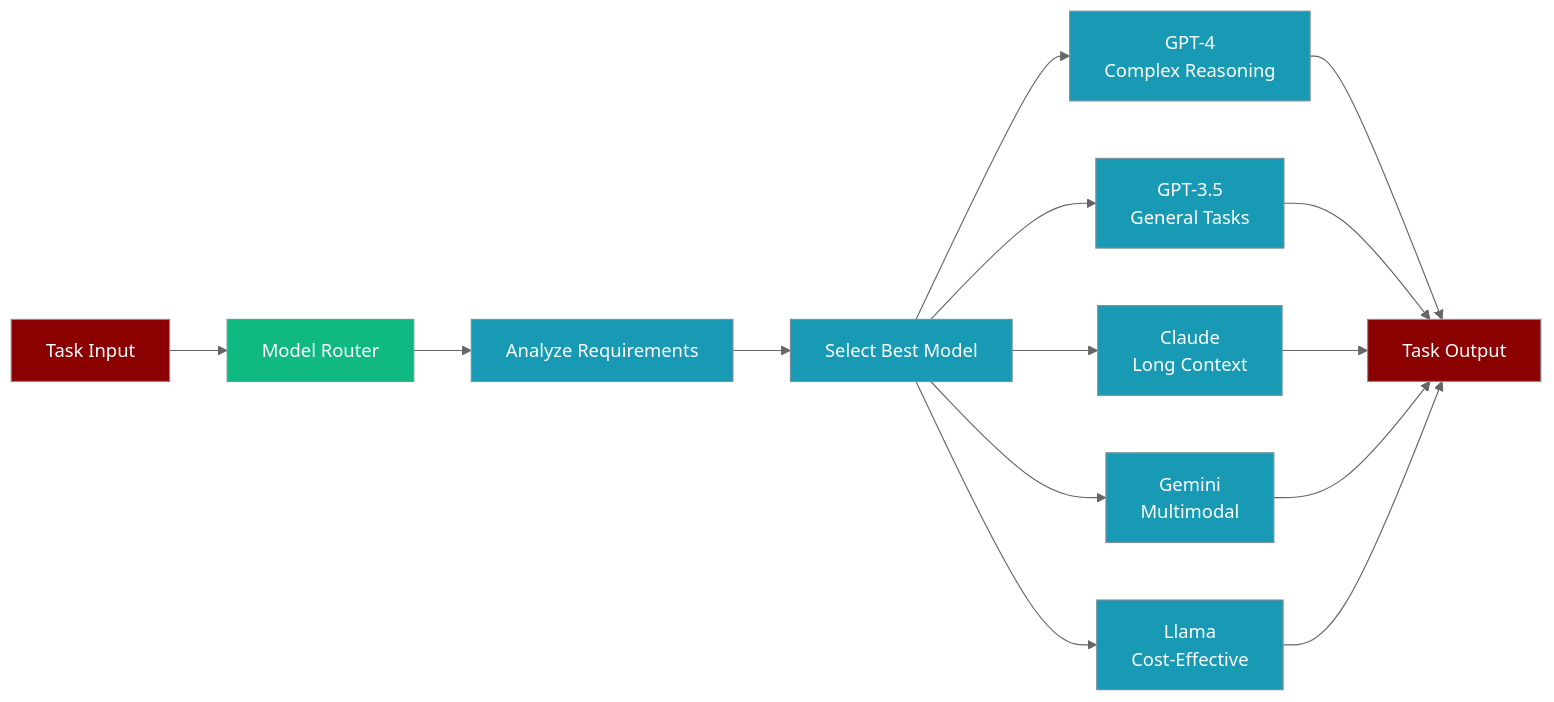
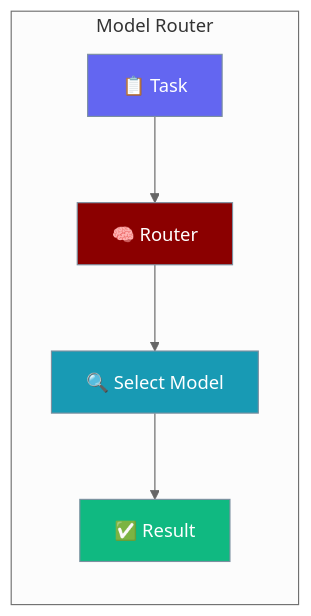
Before and after one commit to MervinPraison/PraisonAIDocs: the first of 3 diagrams in docs/features/model-router.mdx, drawn with Mermaid (neutral theme). The commit also changed other lines of this file and 1 other file, not shown here.

Commit message:
docs: add graph LR hero, sequenceDiagram + decision diagram to orchestrator-worker, model-router (#1675)

````diff
--- a/docs/features/model-router.mdx
+++ b/docs/features/model-router.mdx
@@ -17,25 +17,17 @@
 ```mermaid
-flowchart LR
-    Task[Task Input] --> Router[Model Router]
-    Router --> Analyze[Analyze Requirements]
-    Analyze --> Select[Select Best Model]
-    
-    Select --> GPT4[GPT-4<br/>Complex Reasoning]
-    Select --> GPT35[GPT-3.5<br/>General Tasks]
-    Select --> Claude[Claude<br/>Long Context]
-    Select --> Gemini[Gemini<br/>Multimodal]
-    Select --> Llama[Llama<br/>Cost-Effective]
-    
-    GPT4 --> Output[Task Output]
-    GPT35 --> Output
-    Claude --> Output
-    Gemini --> Output
-    Llama --> Output
-    
+graph LR
+    subgraph "Model Router"
+        Task[📋 Task] --> Router[🧠 Router]
+        Router --> Select[🔍 Select Model]
+        Select --> Output[✅ Result]
+    end
+
+    classDef input fill:#6366F1,stroke:#7C90A0,color:#fff
     classDef agent fill:#8B0000,stroke:#7C90A0,color:#fff
     classDef tool fill:#189AB4,stroke:#7C90A0,color:#fff
-    classDef route fill:#10B981,stroke:#7C90A0,color:#fff
-    class Task,Output agent
-    class Analyze,Select,GPT4,GPT35,Claude,Gemini,Llama tool
-    class Router route
+    classDef output fill:#10B981,stroke:#7C90A0,color:#fff
+    class Task input
+    class Router agent
+    class Select tool
+    class Output output
 ```
````
